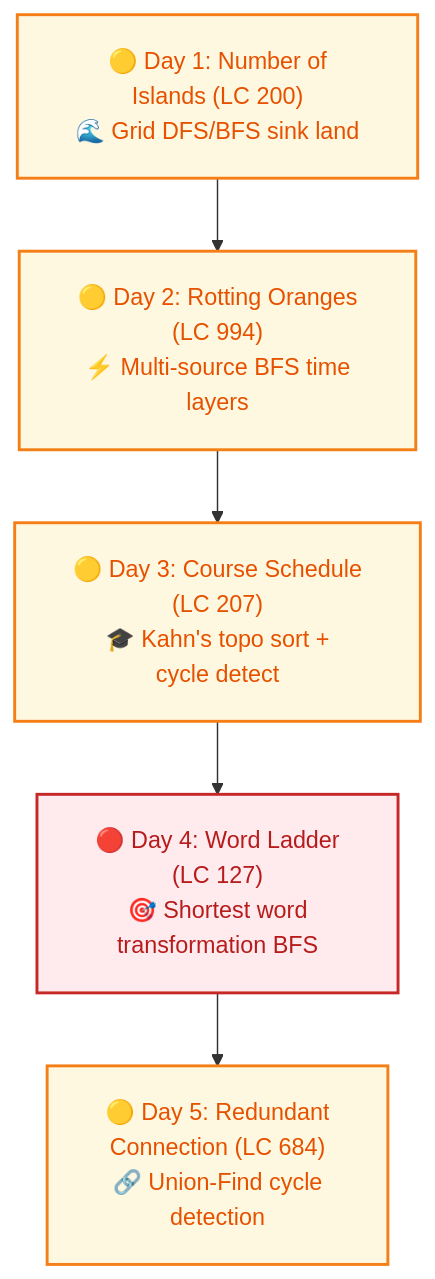
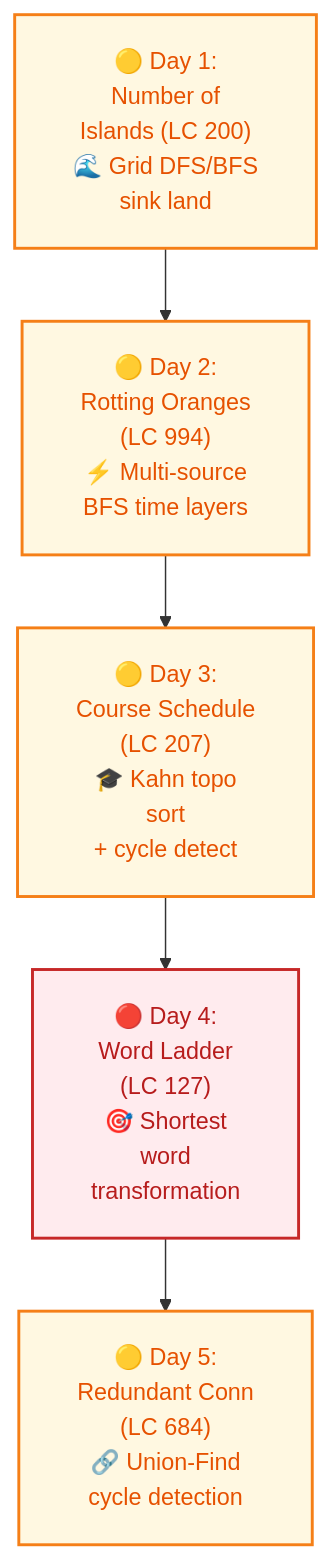
Before and after one commit to dip4k/DSA_102: the seventh of 19 diagrams in Senior_dsa_question_list.md, drawn with Mermaid. The commit also changed other lines of this file and 106 other files, not shown here.

First line of the commit message:
fix(mermaid): prevent text clipping with foreignObject overflow and tighter line wrapping

````diff
--- a/Senior_dsa_question_list.md
+++ b/Senior_dsa_question_list.md
@@ -256,15 +256,15 @@
 ```mermaid
-%%{init: {"flowchart": {"htmlLabels": true, "padding": 20}}}%%
+%%{init: {"flowchart": {"htmlLabels": true, "padding": 20}, "themeCSS": "foreignObject { overflow: visible !important; }"}}%%
 flowchart TD
     classDef startNode fill:#e8f5e9,stroke:#2e7d32,stroke-width:2px,color:#1b5e20
     classDef midNode fill:#fff8e1,stroke:#f57f17,stroke-width:2px,color:#e65100
     classDef hardNode fill:#ffebee,stroke:#c62828,stroke-width:2px,color:#b71c1c
 
-    A["🟡 Day 1: Number of<br/>Islands (LC 200)<br/>🌊 Grid DFS/BFS sink land"]:::midNode
-    B["🟡 Day 2: Rotting Oranges<br/>(LC 994)<br/>⚡ Multi-source BFS time<br/>layers"]:::midNode
-    C["🟡 Day 3: Course Schedule<br/>(LC 207)<br/>🎓 Kahn's topo sort +<br/>cycle detect"]:::midNode
-    D["🔴 Day 4: Word Ladder<br/>(LC 127)<br/>🎯 Shortest word<br/>transformation BFS"]:::hardNode
-    E["🟡 Day 5: Redundant<br/>Connection (LC 684)<br/>🔗 Union-Find cycle<br/>detection"]:::midNode
+    A["🟡 Day 1:<br/>Number of<br/>Islands (LC 200)<br/>🌊 Grid DFS/BFS<br/>sink land"]:::midNode
+    B["🟡 Day 2:<br/>Rotting Oranges<br/>(LC 994)<br/>⚡ Multi-source<br/>BFS time layers"]:::midNode
+    C["🟡 Day 3:<br/>Course Schedule<br/>(LC 207)<br/>🎓 Kahn topo<br/>sort<br/>+ cycle detect"]:::midNode
+    D["🔴 Day 4:<br/>Word Ladder<br/>(LC 127)<br/>🎯 Shortest<br/>word<br/>transformation"]:::hardNode
+    E["🟡 Day 5:<br/>Redundant Conn<br/>(LC 684)<br/>🔗 Union-Find<br/>cycle detection"]:::midNode
 
     A --> B --> C --> D --> E
 ```
````
